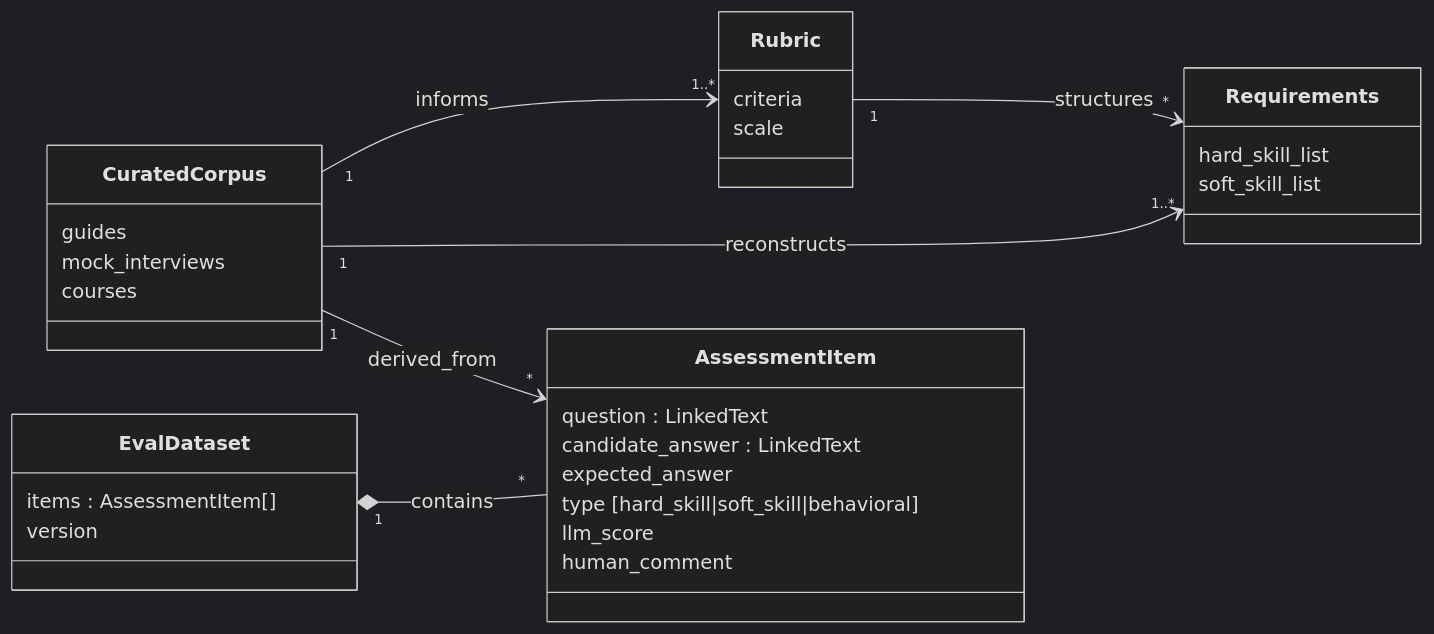
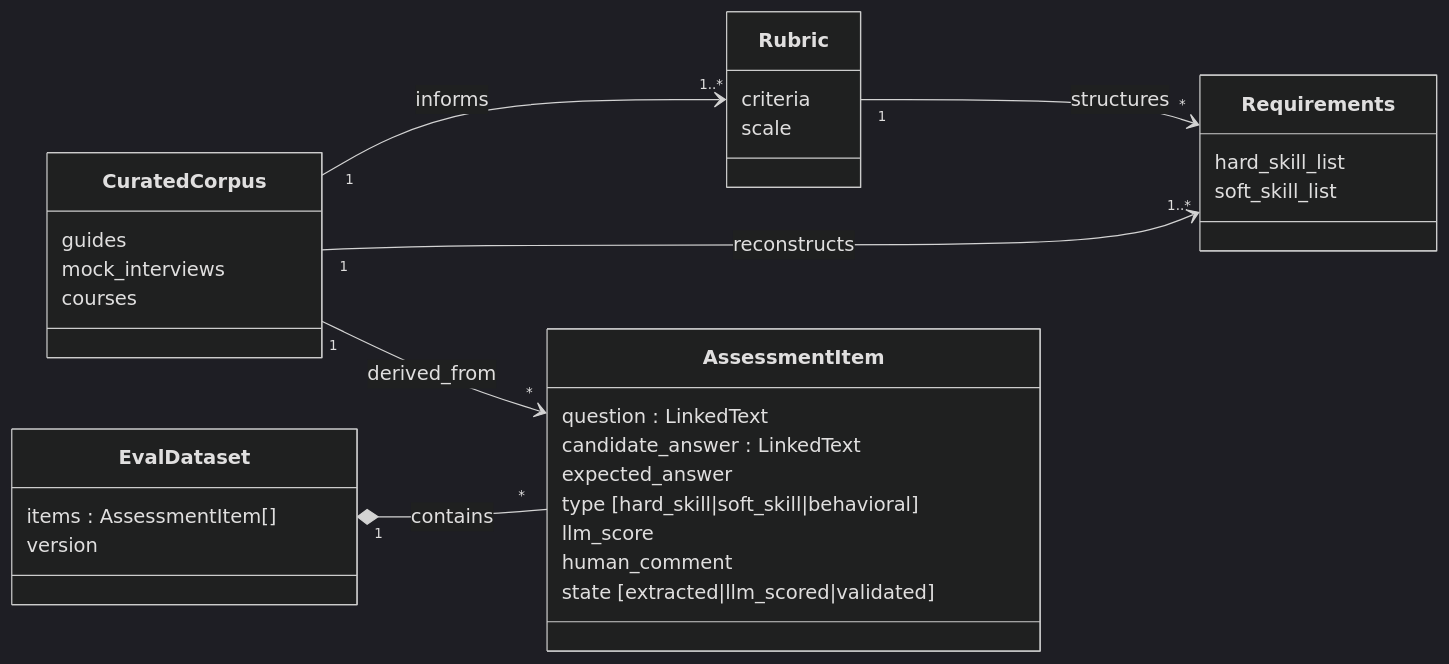
Before and after one commit to margomrkv/interview-debrief-assistant: the third of 5 diagrams in md/spec.md, drawn with Mermaid (dark theme). The commit also changed other lines of this file and 4 other files, not shown here.

````diff
--- a/md/spec.md
+++ b/md/spec.md
@@ -210,36 +218,37 @@
 ```mermaid
 classDiagram
     direction LR
 
     class CuratedCorpus {
         guides
         mock_interviews
         courses
     }
     class Rubric {
         criteria
         scale
     }
     class Requirements {
         hard_skill_list
         soft_skill_list
     }
     class AssessmentItem {
         question : LinkedText
         candidate_answer : LinkedText
         expected_answer
         type [hard_skill|soft_skill|behavioral]
         llm_score
         human_comment
+        state [extracted|llm_scored|validated]
     }
     class EvalDataset {
         items : AssessmentItem[]
         version
     }
 
     CuratedCorpus "1" --> "1..*" Rubric : informs
     CuratedCorpus "1" --> "1..*" Requirements : reconstructs
     Rubric "1" --> "*" Requirements : structures
     CuratedCorpus "1" --> "*" AssessmentItem : derived_from
     EvalDataset "1" *-- "*" AssessmentItem : contains
 ```
````
